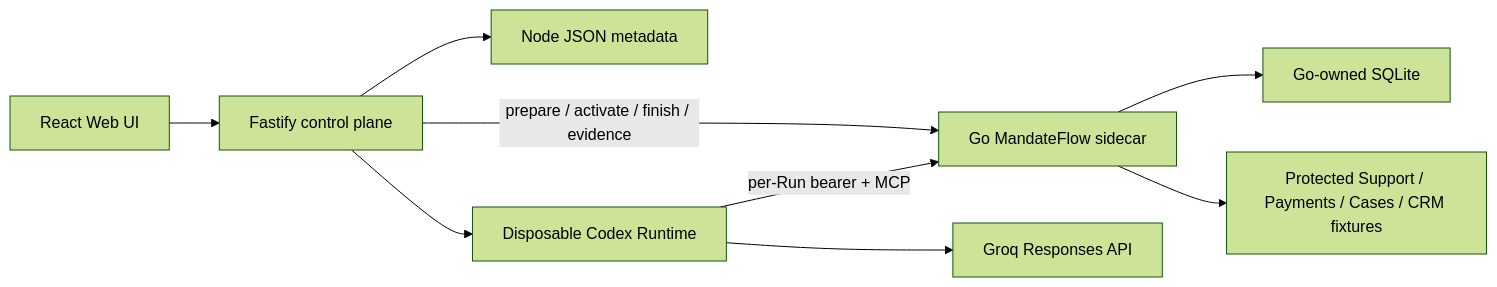
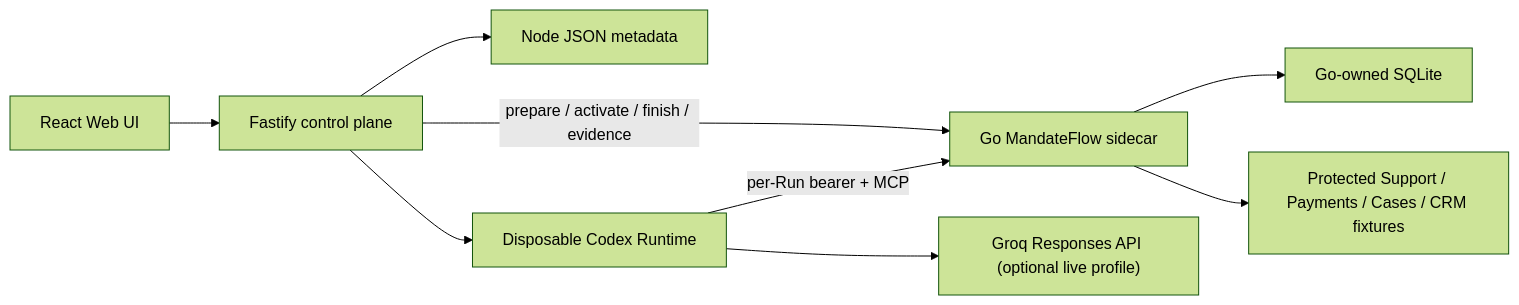
Before and after one commit to tradaokamsa/MandateFlow: the diagram in CodeJam/README.md, drawn with Mermaid (forest theme). The commit also changed other lines of this file and 32 other files, not shown here.

First line of the commit message:
feat(mandateflow): enforce provenance-aware tool flows

````diff
--- a/CodeJam/README.md
+++ b/CodeJam/README.md
@@ -260,11 +294,11 @@
 ```mermaid
 flowchart LR
     UI["React Web UI"] --> API["Fastify control plane"]
     API --> NodeStore["Node JSON metadata"]
     API -->|prepare / activate / finish / evidence| Go["Go MandateFlow sidecar"]
     Go --> SQLite["Go-owned SQLite"]
     API --> Container["Disposable Codex Runtime"]
     Container -->|per-Run bearer + MCP| Go
-    Container --> Groq["Groq Responses API"]
+    Container --> Groq["Groq Responses API (optional live profile)"]
     Go --> Fixtures["Protected Support / Payments / Cases / CRM fixtures"]
 ```
````
